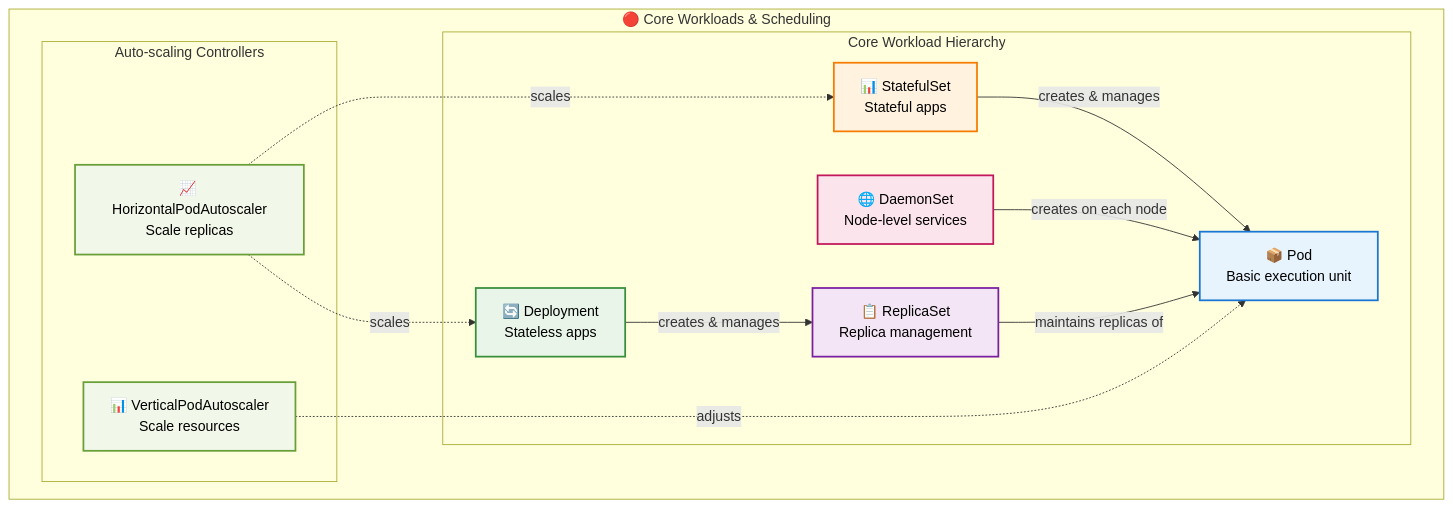
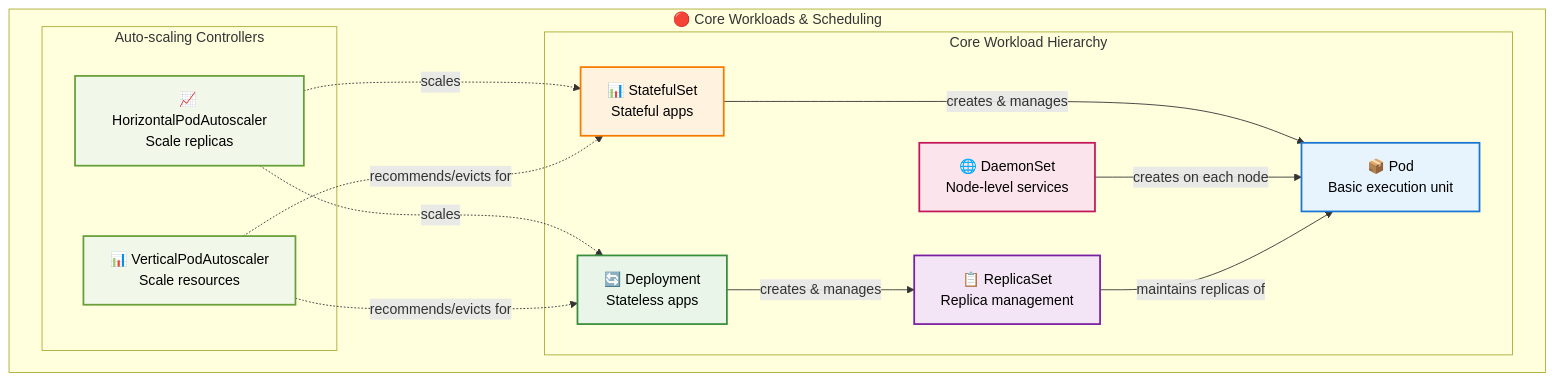
One commit to razkevich/system_design_course changed the first of 8 diagrams in 1.4_distributed_systems/kubernetes_developer_guide.md. Above: the diagram before and after it, drawn with Mermaid.

Commit message:
exactly once

````diff
--- a/1.4_distributed_systems/kubernetes_developer_guide.md
+++ b/1.4_distributed_systems/kubernetes_developer_guide.md
@@ -9,36 +9,37 @@
 ```mermaid
 flowchart TD
     subgraph "🔴 Core Workloads & Scheduling"
         
         subgraph "Core Workload Hierarchy"
             Deployment["🔄 Deployment<br/>Stateless apps"]
             StatefulSet["📊 StatefulSet<br/>Stateful apps"]
             DaemonSet["🌐 DaemonSet<br/>Node-level services"]
             
             ReplicaSet["📋 ReplicaSet<br/>Replica management"]
             Pod["📦 Pod<br/>Basic execution unit"]
             
             Deployment -->|"creates & manages"| ReplicaSet
             StatefulSet -->|"creates & manages"| Pod
             DaemonSet -->|"creates on each node"| Pod
             ReplicaSet -->|"maintains replicas of"| Pod
         end
         
         subgraph "Auto-scaling Controllers"
             HPA["📈 HorizontalPodAutoscaler<br/>Scale replicas"]
             VPA["📊 VerticalPodAutoscaler<br/>Scale resources"]
             
             HPA -.->|"scales"| Deployment
             HPA -.->|"scales"| StatefulSet
-            VPA -.->|"adjusts"| Pod
+            VPA -.->|"recommends/evicts for"| Deployment
+            VPA -.->|"recommends/evicts for"| StatefulSet
         end
     end
     
     style Pod fill:#e8f4fd,stroke:#1976d2,stroke-width:2px,color:#000
     style ReplicaSet fill:#f3e5f5,stroke:#7b1fa2,stroke-width:2px,color:#000
     style Deployment fill:#e8f5e8,stroke:#388e3c,stroke-width:2px,color:#000
     style StatefulSet fill:#fff3e0,stroke:#f57c00,stroke-width:2px,color:#000
     style DaemonSet fill:#fce4ec,stroke:#c2185b,stroke-width:2px,color:#000
     style HPA fill:#f1f8e9,stroke:#689f38,stroke-width:2px,color:#000
     style VPA fill:#f1f8e9,stroke:#689f38,stroke-width:2px,color:#000
 ```
````
